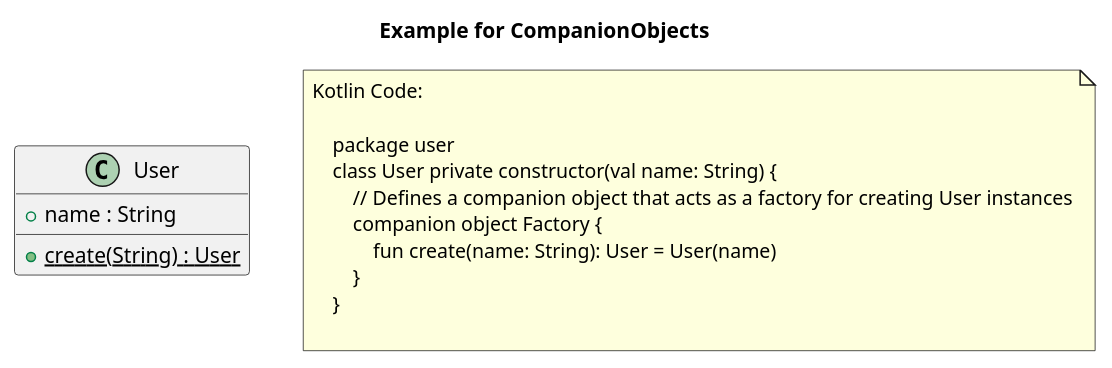
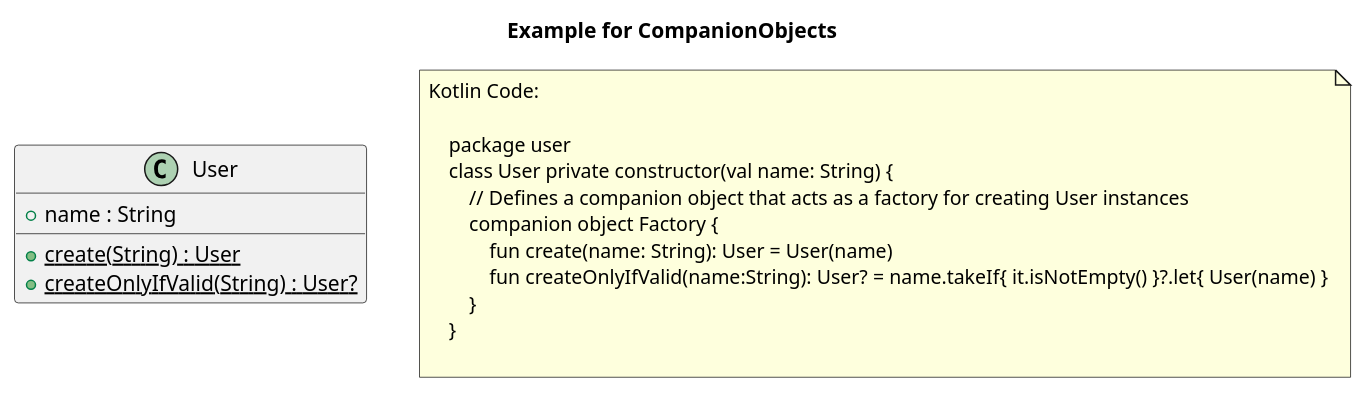
One commit to Tosaa/ksp-plantuml changed the diagram in doc/plantuml/CompanionObjects.puml. Above: the diagram before and after it, drawn with PlantUML. The commit also changed 7 other files, not shown here.

```diff
--- a/doc/plantuml/CompanionObjects.puml
+++ b/doc/plantuml/CompanionObjects.puml
@@ -1,27 +1,29 @@
 @startuml
 title Example for CompanionObjects
 'This file is generated by the GenerateExamplesForDoc test.
 
     'user.User
     class "User" as user_User {
         + name : String
 		+ {static} create(String) : User
+		+ {static} createOnlyIfValid(String) : User?
     }
 
 
 
  
 note as note_of_code
 Kotlin Code:
 
     package user
     class User private constructor(val name: String) {
         // Defines a companion object that acts as a factory for creating User instances
         companion object Factory {
             fun create(name: String): User = User(name)
+            fun createOnlyIfValid(name:String): User? = name.takeIf{ it.isNotEmpty() }?.let{ User(name) }
         }
     }  
     
 end note
             
 @enduml
```
